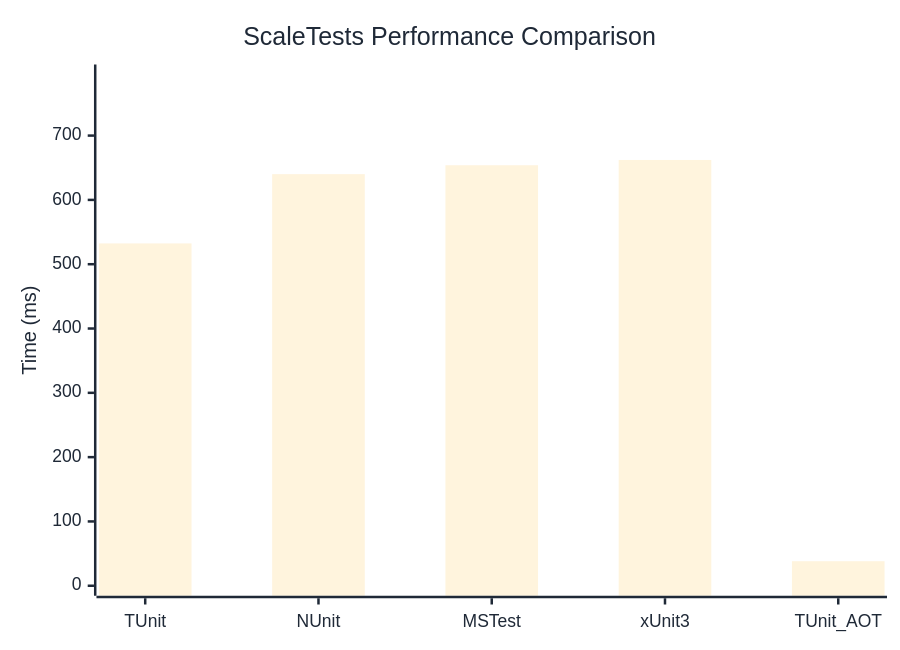
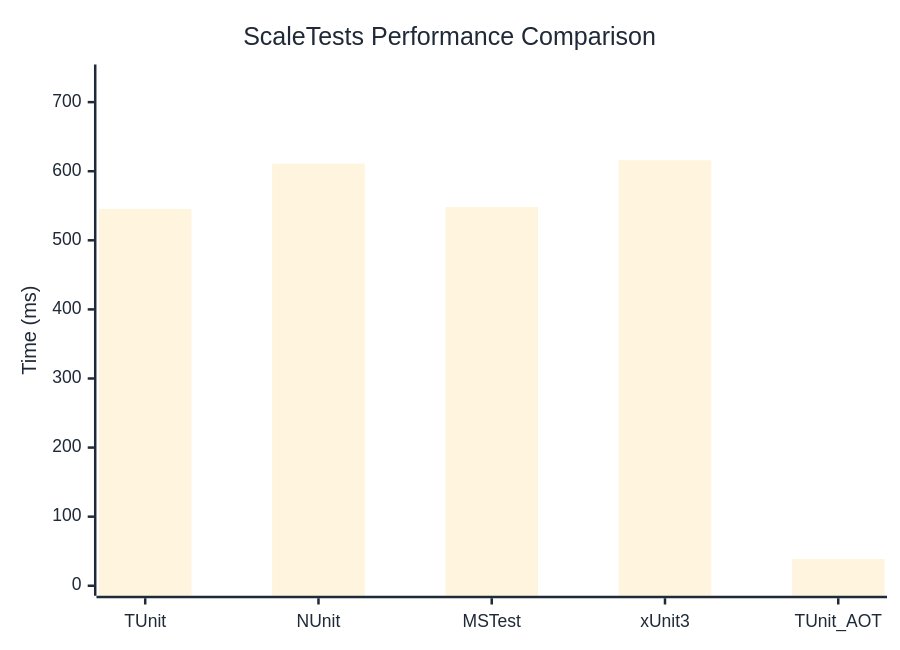
Before and after one commit to thomhurst/TUnit: the diagram in docs/docs/benchmarks/ScaleTests.md, drawn with Mermaid. The commit also changed other lines of this file and 17 other files, not shown here.

````diff
--- a/docs/docs/benchmarks/ScaleTests.md
+++ b/docs/docs/benchmarks/ScaleTests.md
@@ -27,37 +27,37 @@
 ```mermaid
 %%{init: {
   'theme':'base',
   'themeVariables': {
     'primaryColor': '#2563eb',
     'primaryTextColor': '#1f2937',
     'primaryBorderColor': '#1e40af',
     'lineColor': '#6b7280',
     'secondaryColor': '#7c3aed',
     'tertiaryColor': '#dc2626',
     'background': '#ffffff',
     'mainBkg': '#2563eb',
     'secondBkg': '#7c3aed',
     'tertiaryBkg': '#dc2626',
     'clusterBkg': '#f3f4f6',
     'edgeLabelBackground': '#ffffff',
     'tertiaryTextColor': '#1f2937',
     'pie1': '#2563eb',
     'pie2': '#7c3aed',
     'pie3': '#dc2626',
     'pie4': '#f59e0b',
     'pie5': '#10b981',
     'pie6': '#06b6d4',
     'pie7': '#ec4899',
     'pie8': '#6366f1',
     'pie9': '#84cc16',
     'pie10': '#f97316',
     'pie11': '#14b8a6',
     'pie12': '#a855f7'
   }
 }}%%
 xychart-beta
   title "ScaleTests Performance Comparison"
   x-axis ["TUnit", "NUnit", "MSTest", "xUnit3", "TUnit_AOT"]
-  y-axis "Time (ms)" 0 --> 795
-  bar [532.35, 640.04, 653.88, 662.09, 38.16]
+  y-axis "Time (ms)" 0 --> 740
+  bar [545.29, 610.99, 548.1, 615.92, 38.8]
 ```
````
